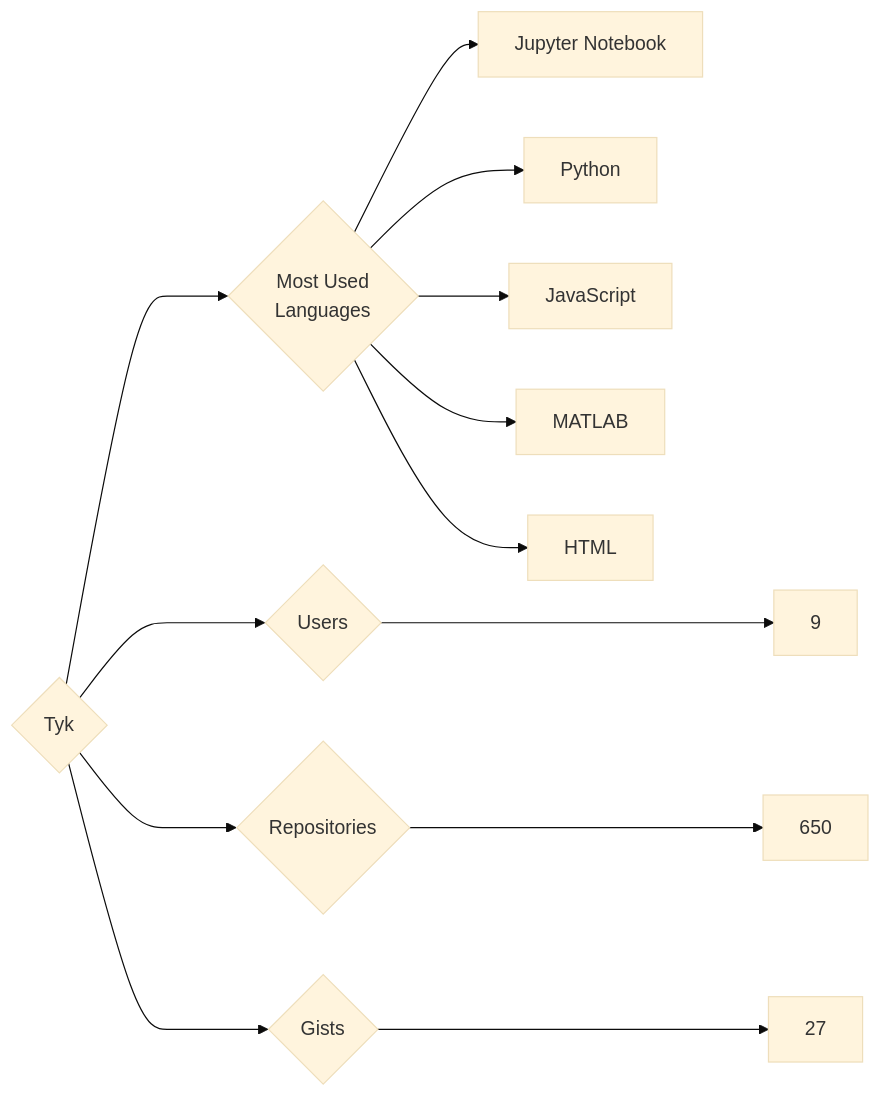
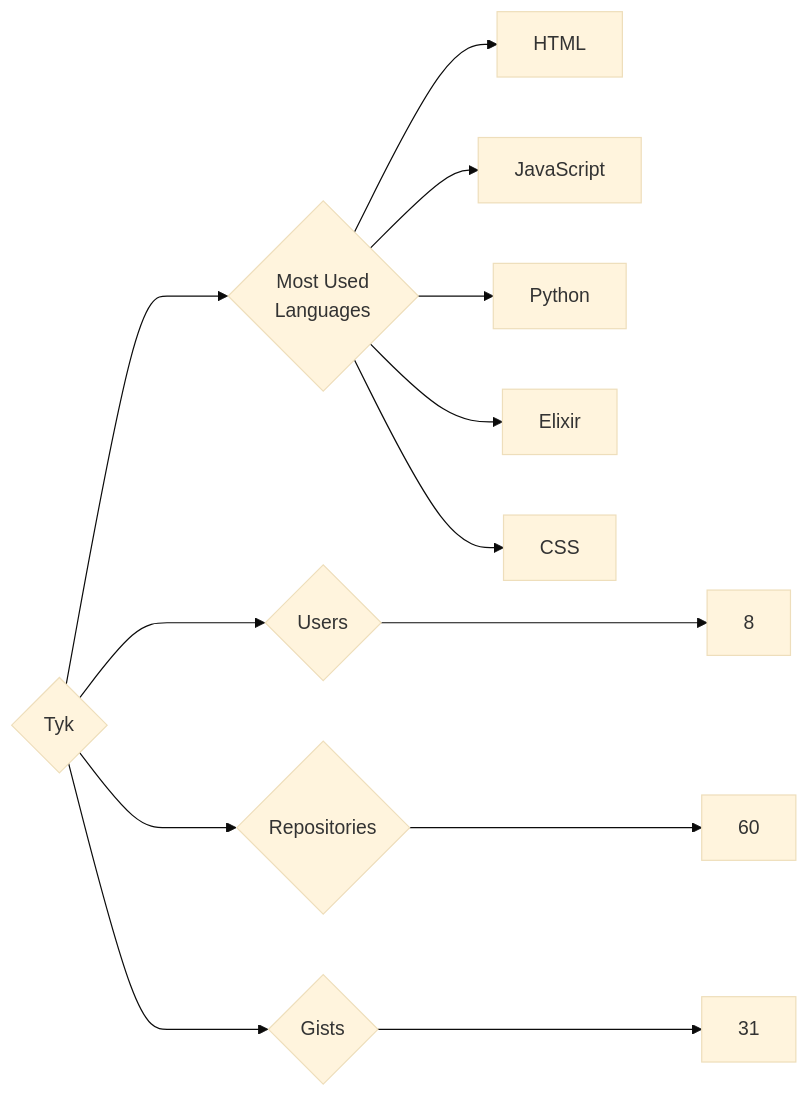
The diagram in targets/Tyk/README.md (trickest/insiders), drawn with Mermaid (base theme) before and after one commit. The commit also changed 1508 other files, not shown here.

````diff
--- a/targets/Tyk/README.md
+++ b/targets/Tyk/README.md
@@ -3,13 +3,13 @@
 ```mermaid
 graph LR
 COMPANY_NAME{Tyk}
-COMPANY_NAME ---> U{Users} ---> UN[9]
-COMPANY_NAME ---> R{Repositories} ---> RN[650]
-COMPANY_NAME ---> G{Gists} ---> GN[27]
+COMPANY_NAME ---> U{Users} ---> UN[8]
+COMPANY_NAME ---> R{Repositories} ---> RN[60]
+COMPANY_NAME ---> G{Gists} ---> GN[31]
 COMPANY_NAME ---> ML{Most Used<br>Languages}
-ML --> Jupyter_Notebook[Jupyter Notebook]
+ML --> HTML[HTML]
+ML --> JavaScript[JavaScript]
 ML --> Python[Python]
-ML --> JavaScript[JavaScript]
-ML --> MATLAB[MATLAB]
-ML --> HTML[HTML]
+ML --> Elixir[Elixir]
+ML --> CSS[CSS]
 ```
````
